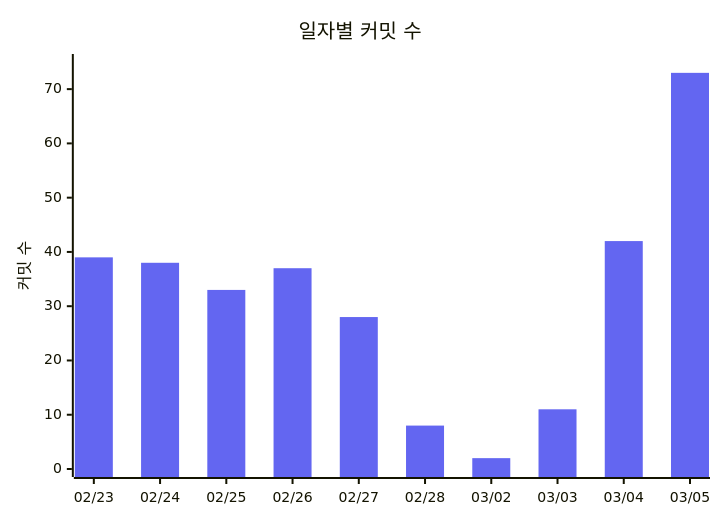
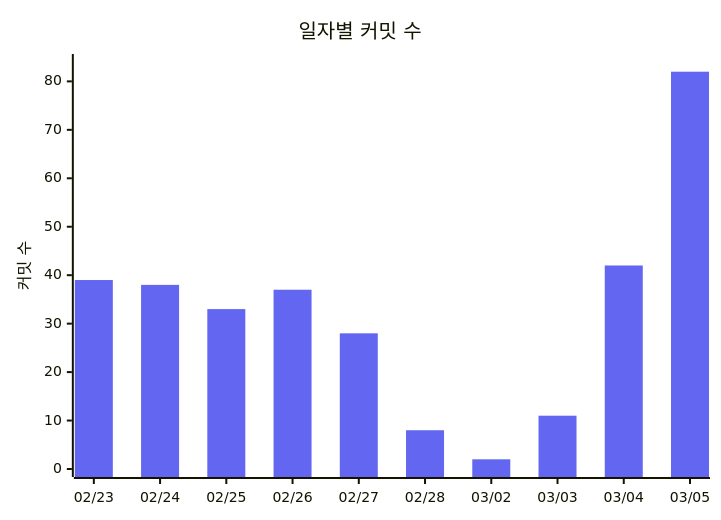
Before and after one commit to 3rd-project-team-1/ALYAC-market-team1: the fourth of 4 diagrams in README.md, drawn with Mermaid. The commit also changed other lines of this file, not shown here.

````diff
--- a/README.md
+++ b/README.md
@@ -452,12 +452,12 @@
 ```mermaid
 %%{init: { 'theme': 'base', 'themeVariables': {
   'xyChart': {
     'plotColorPalette': '#6366f1'
   }
 } } }%%
 xychart-beta
   title "일자별 커밋 수"
   x-axis ["02/23", "02/24", "02/25", "02/26", "02/27", "02/28", "03/02", "03/03", "03/04", "03/05"]
-  y-axis "커밋 수" 0 --> 75
-  bar [39, 38, 33, 37, 28, 8, 2, 11, 42, 73]
+  y-axis "커밋 수" 0 --> 84
+  bar [39, 38, 33, 37, 28, 8, 2, 11, 42, 82]
 ```
````
